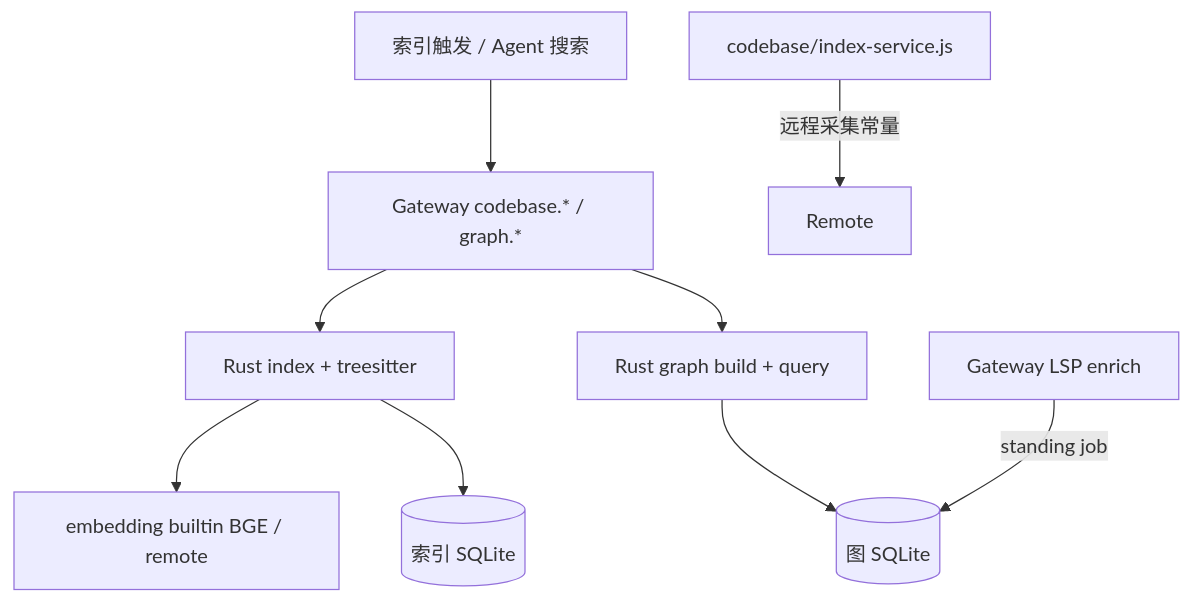
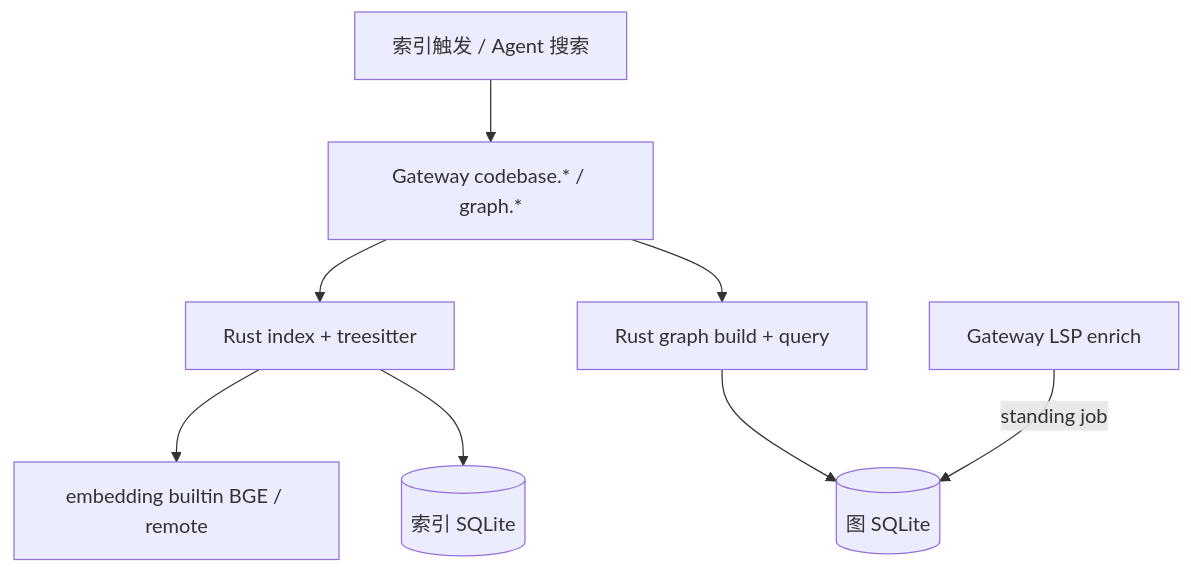
Diagram 15 of 15 in docs/ARCHITECTURE.md (zuochamo/dieyunagent), drawn with Mermaid before and after one commit. The commit also changed other lines of this file and 48 other files, not shown here.

````diff
--- a/docs/ARCHITECTURE.md
+++ b/docs/ARCHITECTURE.md
@@ -600,11 +600,10 @@
 ```mermaid
 flowchart TB
   UI[索引触发 / Agent 搜索] --> GWcode[Gateway codebase.* / graph.*]
   GWcode --> RustIdx[Rust index + treesitter]
   GWcode --> RustGraph[Rust graph build + query]
   RustIdx --> Embed[embedding builtin BGE / remote]
   RustIdx --> SQLiteIdx[(索引 SQLite)]
   RustGraph --> SQLiteGraph[(图 SQLite)]
   LSP[Gateway LSP enrich] -->|standing job| SQLiteGraph
-  NodeHelper[codebase/index-service.js] -->|远程采集常量| Remote
 ```
````
